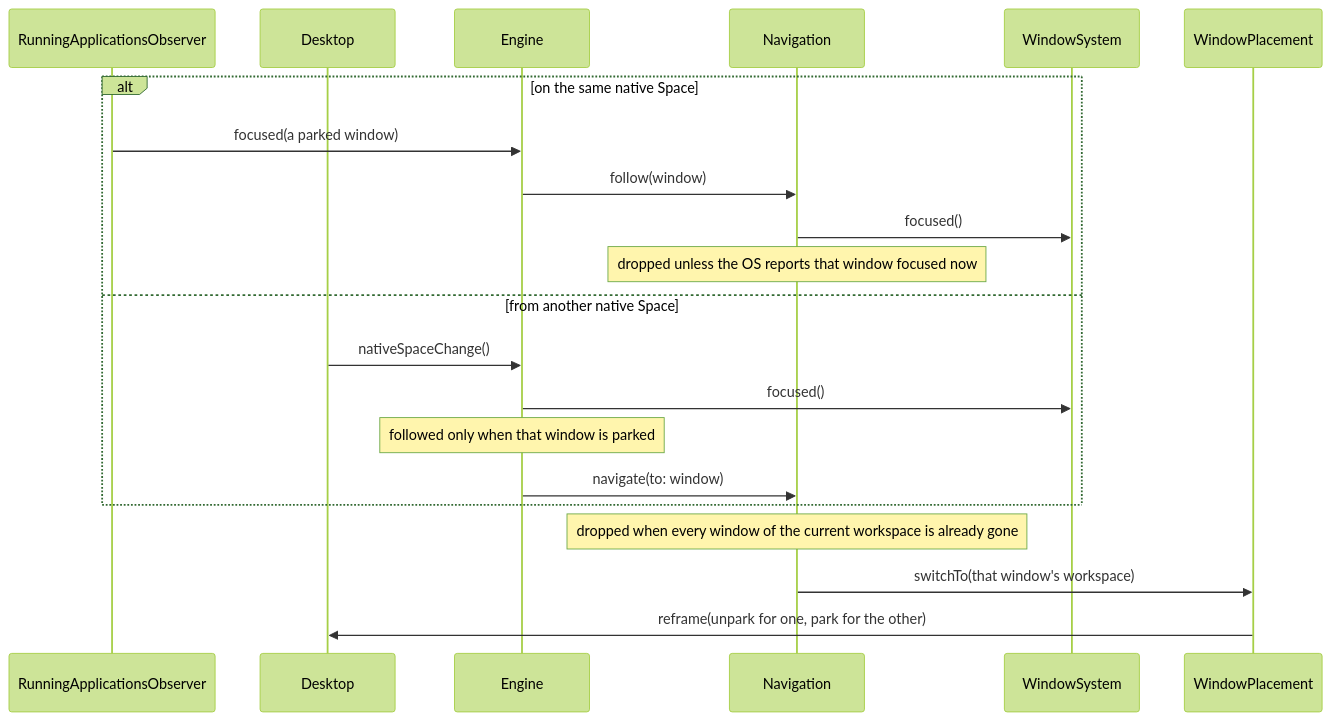
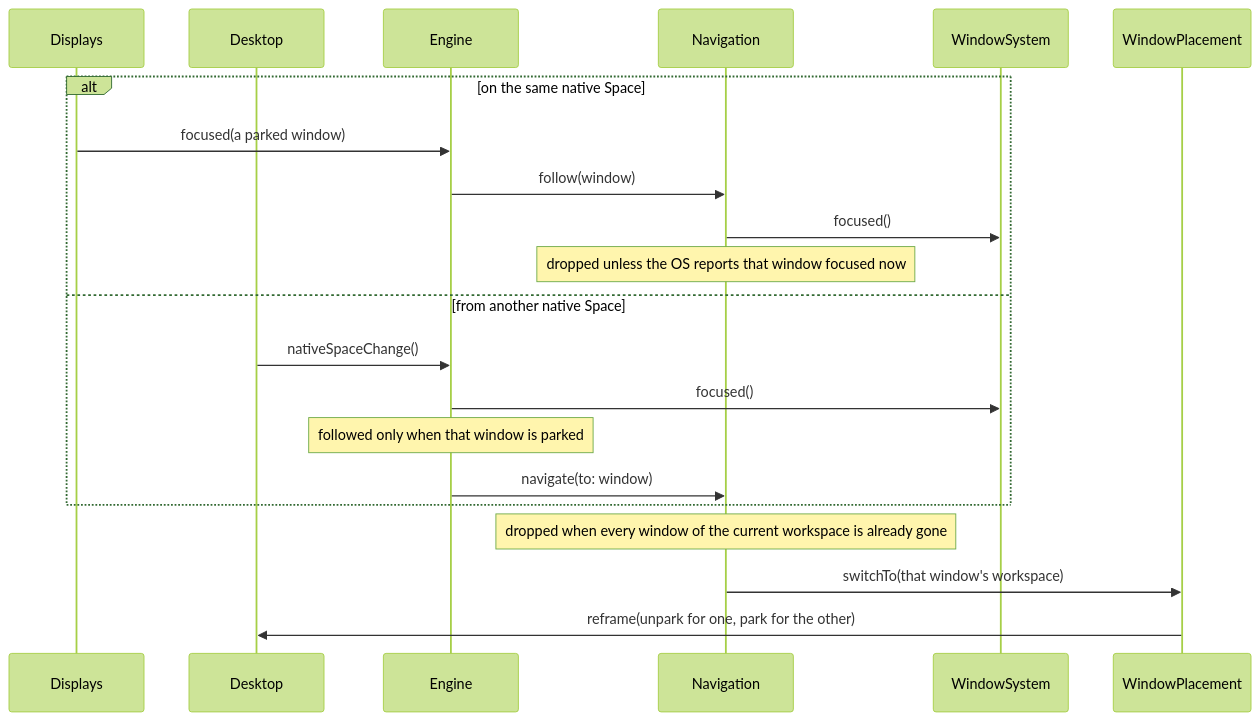
One commit to brennovich/ottowm changed diagram 16 of 26 in ARCHITECTURE.md. Above: the diagram before and after it, drawn with Mermaid (forest theme). The commit also changed other lines of this file and 1 other file, not shown here.

First line of the commit message:
Document one engine and one Pager per display

````diff
--- a/ARCHITECTURE.md
+++ b/ARCHITECTURE.md
@@ -338,24 +397,24 @@
 ```mermaid
 sequenceDiagram
-    participant RunningApplicationsObserver
+    participant Displays
     participant Desktop
     participant Engine
     participant Navigation
     participant WindowSystem
     participant WindowPlacement
 
     alt on the same native Space
-        RunningApplicationsObserver->>Engine: focused(a parked window)
+        Displays->>Engine: focused(a parked window)
         Engine->>Navigation: follow(window)
         Navigation->>WindowSystem: focused()
         Note over Navigation: dropped unless the OS reports that window focused now
     else from another native Space
         Desktop->>Engine: nativeSpaceChange()
         Engine->>WindowSystem: focused()
         Note over Engine: followed only when that window is parked
         Engine->>Navigation: navigate(to: window)
     end
     Note over Navigation: dropped when every window of the current workspace is already gone
     Navigation->>WindowPlacement: switchTo(that window's workspace)
     WindowPlacement->>Desktop: reframe(unpark for one, park for the other)
 ```
````
